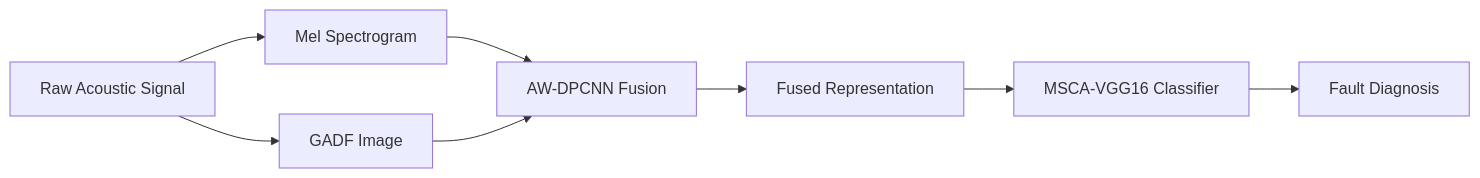
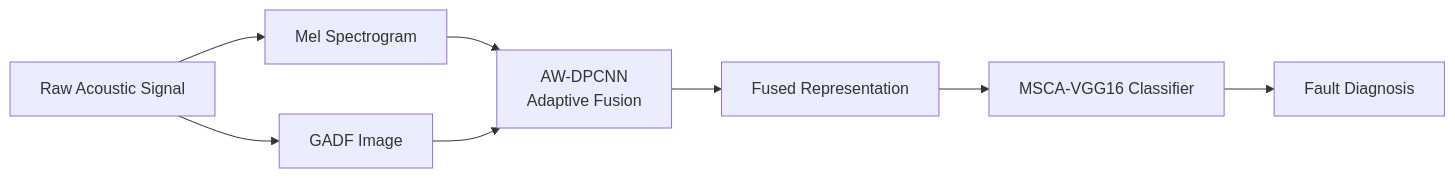
One commit to 1052554665/AW-DPCNN changed the diagram in README.md. Above: the diagram before and after it, drawn with Mermaid. The commit also changed other lines of this file and 18 other files, not shown here.

````diff
--- a/README.md
+++ b/README.md
@@ -112,10 +109,10 @@
 ```mermaid
 flowchart LR
     A[Raw Acoustic Signal] --> B1[Mel Spectrogram]
     A --> B2[GADF Image]
-    B1 --> C[AW-DPCNN Fusion]
+    B1 --> C[AW-DPCNN<br/>Adaptive Fusion]
     B2 --> C
     C --> D[Fused Representation]
     D --> E[MSCA-VGG16 Classifier]
     E --> F[Fault Diagnosis]
 ```
````
